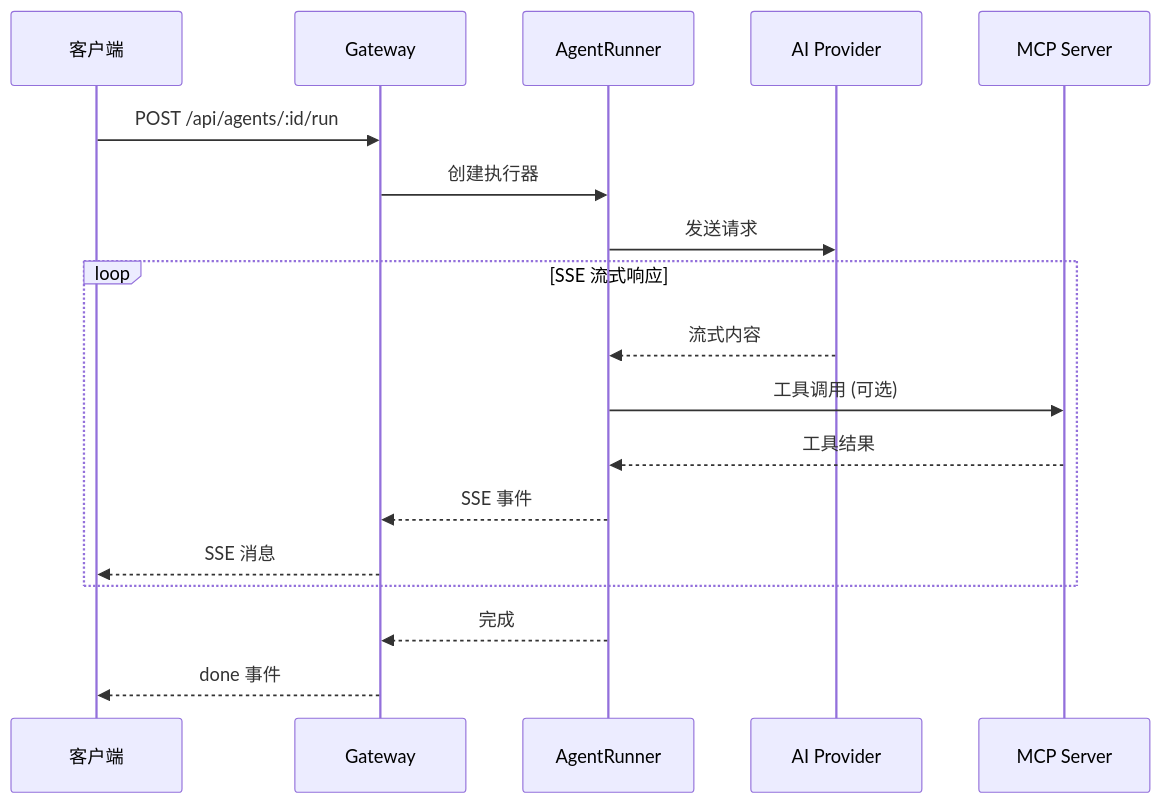
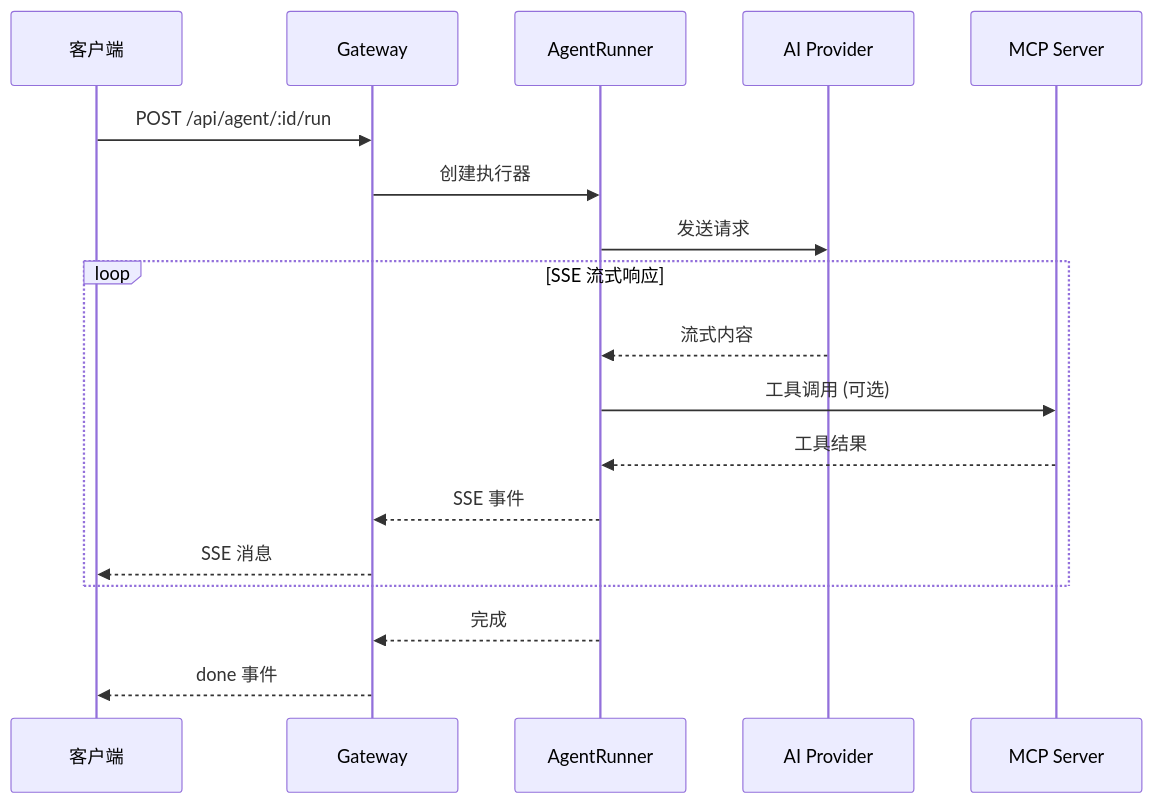
One commit to LinXueyuanStdio/viben changed the fourth of 5 diagrams in docs/ARCHITECTURE.md. Above: the diagram before and after it, drawn with Mermaid. The commit also changed other lines of this file and 75 other files, not shown here.

Commit message:
📝 Standardize API endpoint from `/api/agents` to `/api/agent` across documentation

````diff
--- a/docs/ARCHITECTURE.md
+++ b/docs/ARCHITECTURE.md
@@ -251,23 +251,23 @@
 ```mermaid
 sequenceDiagram
     participant Client as 客户端
     participant Gateway as Gateway
     participant Agent as AgentRunner
     participant Provider as AI Provider
     participant MCP as MCP Server
 
-    Client->>Gateway: POST /api/agents/:id/run
+    Client->>Gateway: POST /api/agent/:id/run
     Gateway->>Agent: 创建执行器
     Agent->>Provider: 发送请求
 
     loop SSE 流式响应
         Provider-->>Agent: 流式内容
         Agent->>MCP: 工具调用 (可选)
         MCP-->>Agent: 工具结果
         Agent-->>Gateway: SSE 事件
         Gateway-->>Client: SSE 消息
     end
 
     Agent-->>Gateway: 完成
     Gateway-->>Client: done 事件
 ```
````
